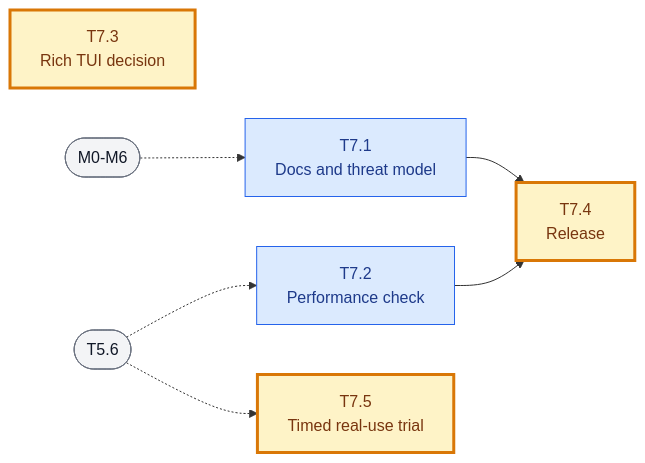
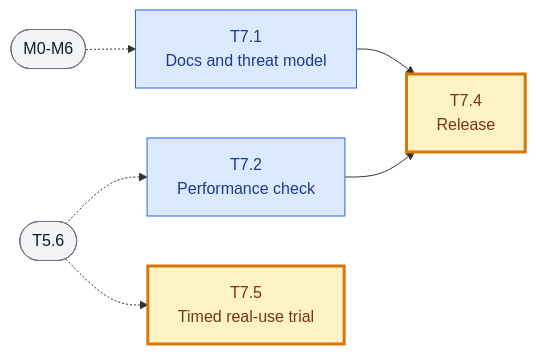
Before and after one commit to fzzinchemical/Praxis: the eighth of 9 diagrams in docs/TASKS.md, drawn with Mermaid. The commit also changed other lines of this file and 3 other files, not shown here.

First line of the commit message:
docs(tasks): cut the rich TUI and put the Anthropic tasks on hold

````diff
--- a/docs/TASKS.md
+++ b/docs/TASKS.md
@@ -570,23 +570,22 @@
 ```mermaid
 flowchart LR
     T7_1["T7.1<br/>Docs and threat model"]
     T7_2["T7.2<br/>Performance check"]
-    T7_3["T7.3<br/>Rich TUI decision"]
     T7_4["T7.4<br/>Release"]
     M0_M6(["M0-M6"])
     T5_6(["T5.6"])
     M0_M6 -.-> T7_1
     T5_6 -.-> T7_2
     T7_1 --> T7_4
     T7_2 --> T7_4
     T7_5["T7.5<br/>Timed real-use trial"]
     T5_6 -.-> T7_5
 
     classDef task fill:#dbeafe,stroke:#2563eb,color:#1e3a8a
     classDef human fill:#fef3c7,stroke:#d97706,color:#78350f,stroke-width:3px
     classDef other fill:#f3f4f6,stroke:#6b7280,color:#111827
     class T7_1,T7_2 task
-    class T7_3,T7_4 human
+    class T7_4 human
     class M0_M6,T5_6 other
     class T7_5 human
 ```
````
